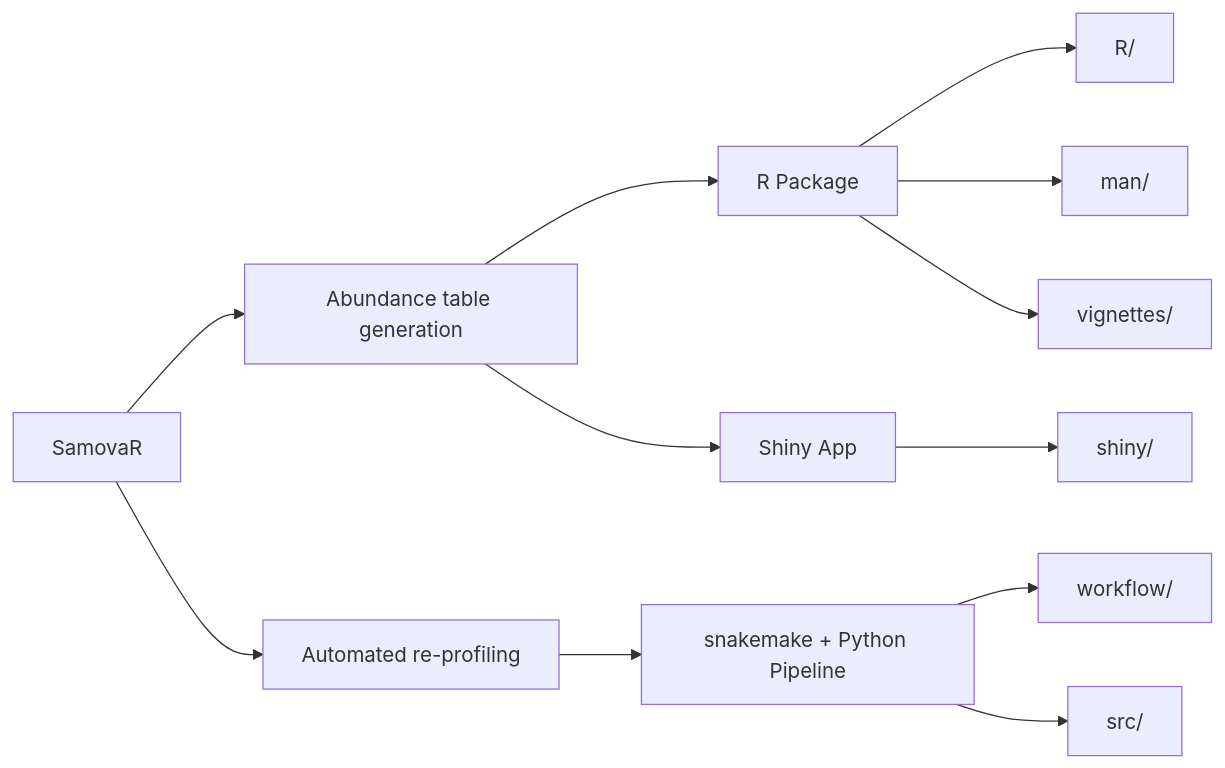
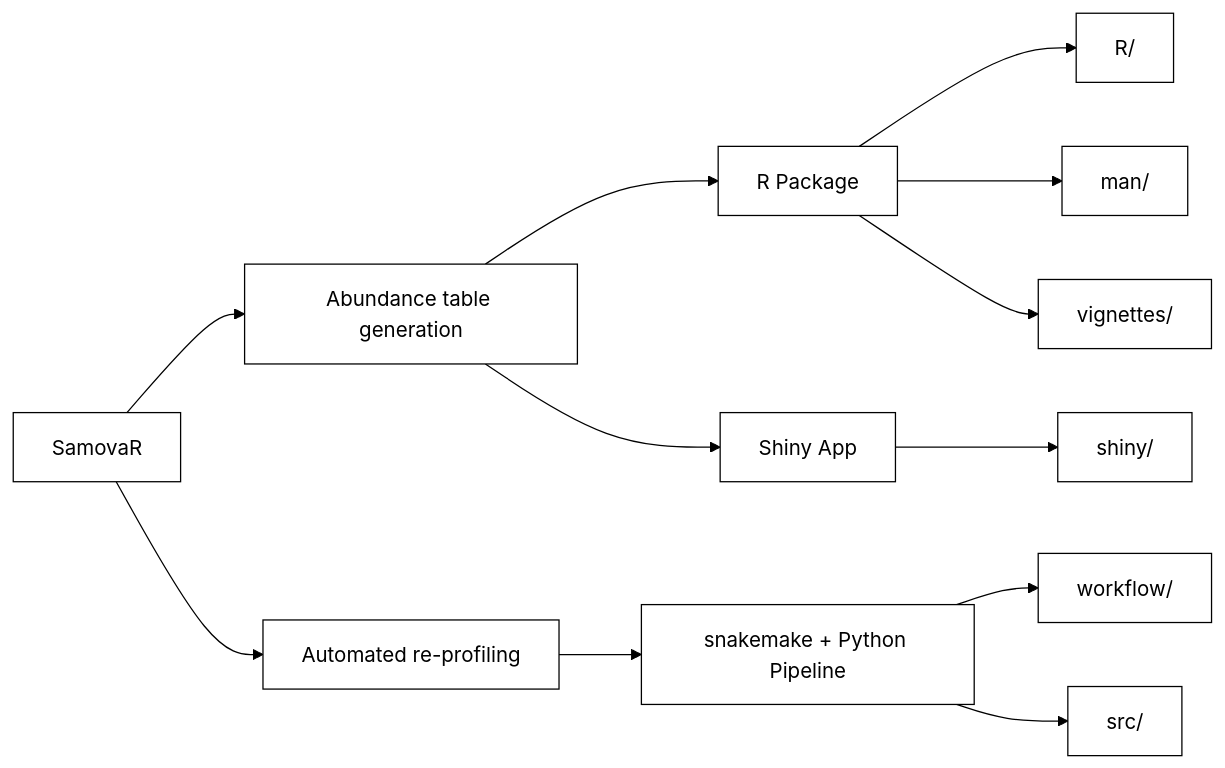
One commit to ctlab/samovar changed the first of 2 diagrams in README.md. Above: the diagram before and after it, drawn with Mermaid. The commit also changed other lines of this file, not shown here.

Commit message:
lovely mermaids

````diff
--- a/README.md
+++ b/README.md
@@ -17,17 +17,18 @@
 ```mermaid
+%%{init: {'theme': 'base', 'themeVariables': { 'fontSize': '16px', 'fontFamily': 'arial', 'primaryColor': '#fff', 'primaryTextColor': '#000', 'primaryBorderColor': '#000', 'lineColor': '#000', 'secondaryColor': '#fff', 'tertiaryColor': '#fff'}}}%%
 graph LR
     A[SamovaR] --> G1[Abundance table generation]
     G1 --> B[R Package]
     A --> G2[Automated re-profiling]
     G2 --> C[snakemake + Python Pipeline]
     G1 --> G[Shiny App]
 
     B --> B1[R/]
     B --> B2[man/]
     B --> B3[vignettes/]
 
     C --> C1[workflow/]
     C --> C2[src/]
 
     G --> H[shiny/]
 ```
````
